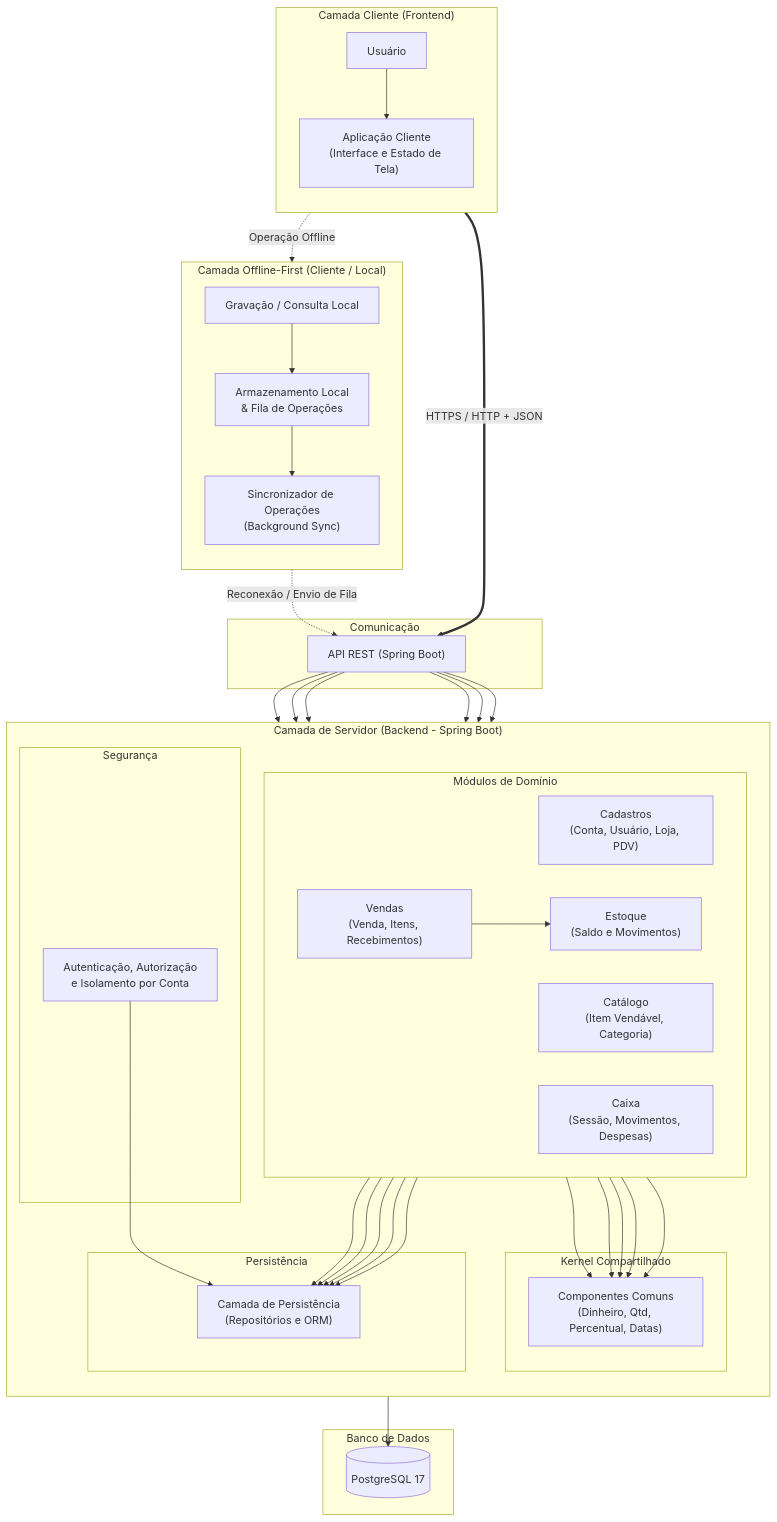
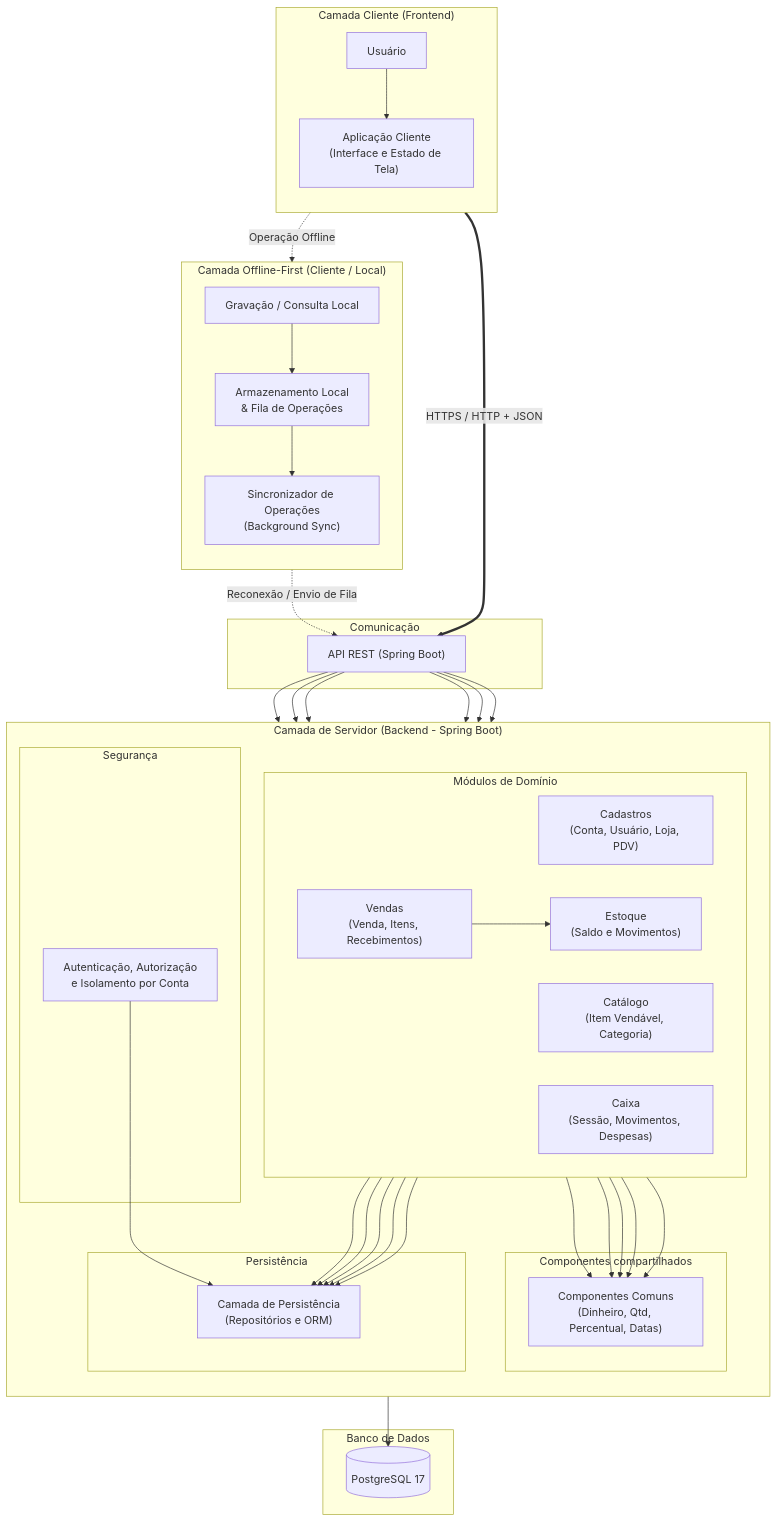
Before and after one commit to Luigi-Antonioli/testes: the diagram in diagrama-de-componentes.md, drawn with Mermaid.

````diff
--- a/diagrama-de-componentes.md
+++ b/diagrama-de-componentes.md
@@ -3,74 +3,74 @@
 ```mermaid
 flowchart TB
     subgraph Client ["Camada Cliente (Frontend)"]
         direction TB
         n15["Usuário"] --> n14["Aplicação Cliente<br/>(Interface e Estado de Tela)"]
     end
 
     subgraph Transport ["Comunicação"]
         n14 ==>|"HTTPS / HTTP + JSON"| n13
     end
 
     subgraph Server ["Camada de Servidor (Backend - Spring Boot)"]
         direction TB
         n13["API REST (Spring Boot)"]
         
         subgraph AuthSec ["Segurança"]
             n8["Autenticação, Autorização<br/>e Isolamento por Conta"]
         end
 
         subgraph Modules ["Módulos de Domínio"]
             direction LR
             n7["Cadastros<br/>(Conta, Usuário, Loja, PDV)"]
             n6["Catálogo<br/>(Item Vendável, Categoria)"]
             n5["Vendas<br/>(Venda, Itens, Recebimentos)"]
             n4["Estoque<br/>(Saldo e Movimentos)"]
             n3["Caixa<br/>(Sessão, Movimentos, Despesas)"]
         end
 
-        subgraph Shared ["Kernel Compartilhado"]
+        subgraph Shared ["Componentes compartilhados"]
             n1["Componentes Comuns<br/>(Dinheiro, Qtd, Percentual, Datas)"]
         end
 
         subgraph Persistence ["Persistência"]
             n2["Camada de Persistência<br/>(Repositórios e ORM)"]
         end
 
         n13 --> n8
         n13 --> n7
         n13 --> n6
         n13 --> n5
         n13 --> n4
         n13 --> n3
 
         n3 --> n1
         n4 --> n1
         n5 --> n1
         n6 --> n1
         n7 --> n1
 
         n3 --> n2
         n4 --> n2
         n5 --> n2
         n6 --> n2
         n7 --> n2
         n8 --> n2
 
         n5 --> n4
     end
 
     subgraph Offline ["Camada Offline-First (Cliente / Local)"]
         direction TB
         n11["Gravação / Consulta Local"] --> n10["Armazenamento Local<br/>& Fila de Operações"]
         n10 --> n9["Sincronizador de Operações<br/>(Background Sync)"]
         n9 -.->|"Reconexão / Envio de Fila"| n13
     end
 
     n14 -.->|"Operação Offline"| n11
 
     subgraph DB ["Banco de Dados"]
         n0[("PostgreSQL 17")]
     end
 
     n2 --> n0
 ```
````
